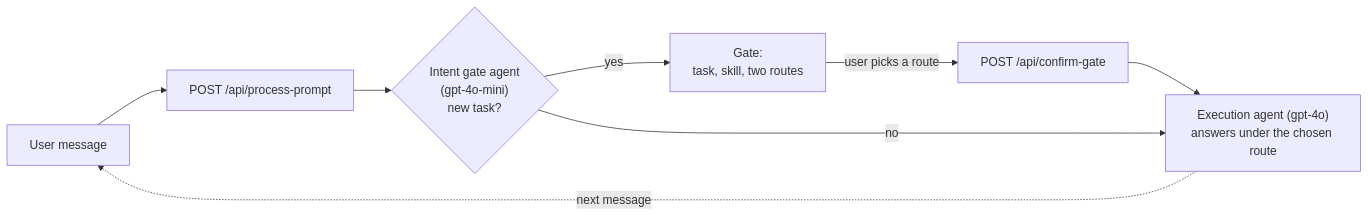
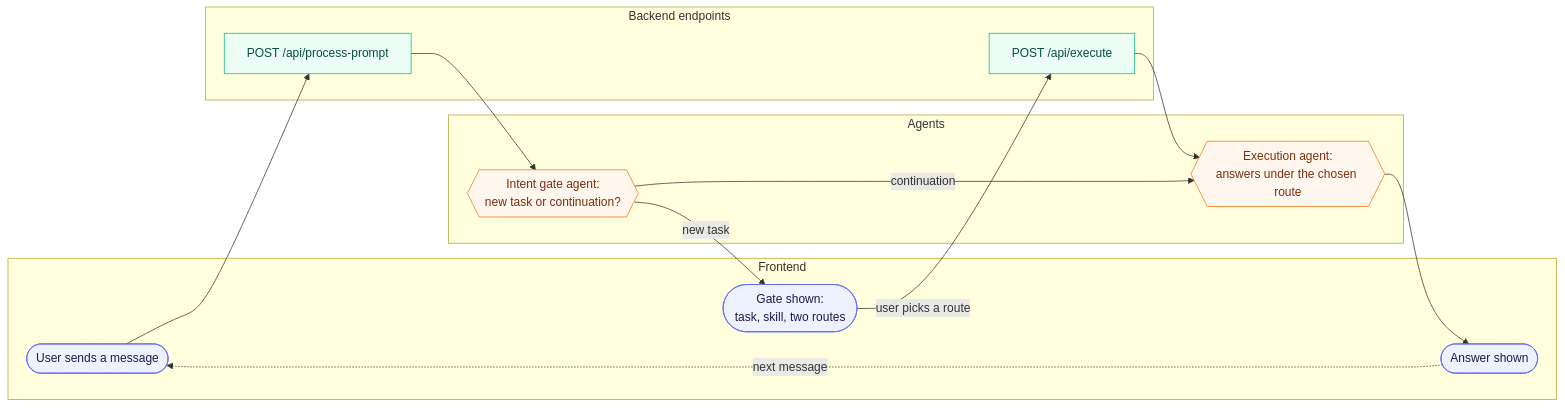
The diagram in README.md (lynn1404/Intent-Clarification), drawn with Mermaid before and after one commit. The commit also changed other lines of this file, not shown here.

````diff
--- a/README.md
+++ b/README.md
@@ -41,10 +41,32 @@
 ```mermaid
 flowchart LR
-    U[User message] --> P[POST /api/process-prompt]
-    P --> C{"Intent gate agent<br/>(gpt-4o-mini)<br/>new task?"}
-    C -- yes --> G[Gate:<br/>task, skill, two routes]
-    G -- user picks a route --> CG[POST /api/confirm-gate]
-    CG --> E["Execution agent (gpt-4o)<br/>answers under the chosen route"]
-    C -- no --> E
-    E -. next message .-> U
+    subgraph UI [Frontend]
+        M([User sends a message])
+        G([Gate shown:<br/>task, skill, two routes])
+        A([Answer shown])
+    end
+
+    subgraph API [Backend endpoints]
+        PP[POST /api/process-prompt]
+        EP[POST /api/execute]
+    end
+
+    subgraph AG [Agents]
+        IG{{Intent gate agent:<br/>new task or continuation?}}
+        EX{{Execution agent:<br/>answers under the chosen route}}
+    end
+
+    M --> PP --> IG
+    IG -- new task --> G
+    G -- user picks a route --> EP --> EX
+    IG -- continuation --> EX
+    EX --> A
+    A -. next message .-> M
+
+    classDef ui fill:#eef2ff,stroke:#6366f1,color:#1e1b4b
+    classDef api fill:#ecfdf5,stroke:#10b981,color:#064e3b
+    classDef agent fill:#fff7ed,stroke:#f97316,color:#7c2d12
+    class M,G,A ui
+    class PP,EP api
+    class IG,EX agent
 ```
````
